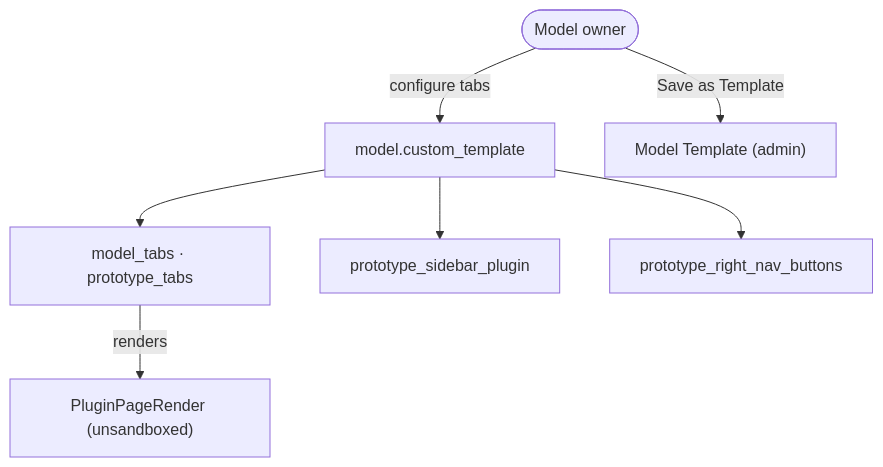
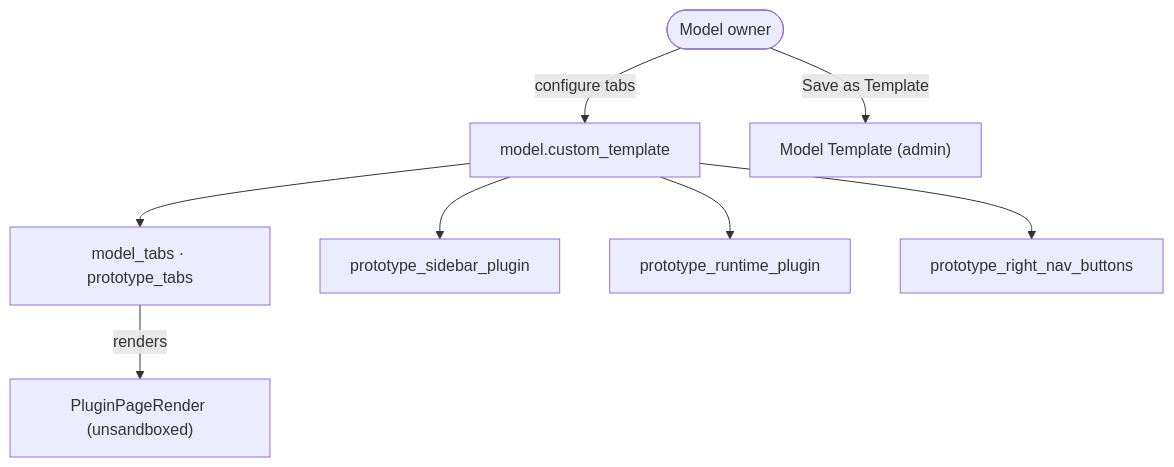
Before and after one commit to eclipse-autowrx/autowrx: the fourth of 6 diagrams in docs/capabilities/models.md, drawn with Mermaid. The commit also changed other lines of this file and 3 other files, not shown here.

Commit message:
docs: document the runtime panel plugin slot and bridge

````diff
--- a/docs/capabilities/models.md
+++ b/docs/capabilities/models.md
@@ -242,9 +242,10 @@
 ```mermaid
 flowchart TD
     O([Model owner]) -->|configure tabs| T["model.custom_template"]
     T --> Tabs["model_tabs · prototype_tabs"]
     T --> Side["prototype_sidebar_plugin"]
+    T --> Rt["prototype_runtime_plugin"]
     T --> Nav["prototype_right_nav_buttons"]
     Tabs -->|renders| PR["PluginPageRender (unsandboxed)"]
     O -->|"Save as Template"| MT["Model Template (admin)"]
 ```
````
